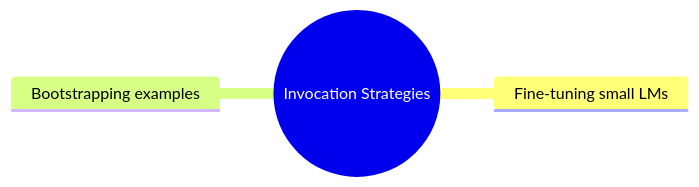
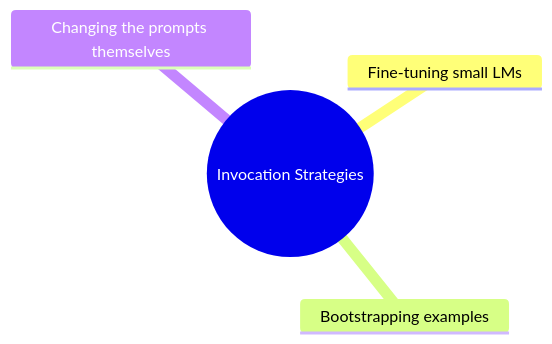
The third of 5 diagrams in slides.md (Luan-vP/dspy-presentation), drawn with Mermaid before and after one commit. The commit also changed other lines of this file and 1 other file, not shown here.

````diff
--- a/slides.md
+++ b/slides.md
@@ -112,6 +170,7 @@
 ```mermaid
 mindmap
   root((Invocation Strategies))
     Fine-tuning small LMs
     Bootstrapping examples
+    Changing the prompts themselves
 ```
````
